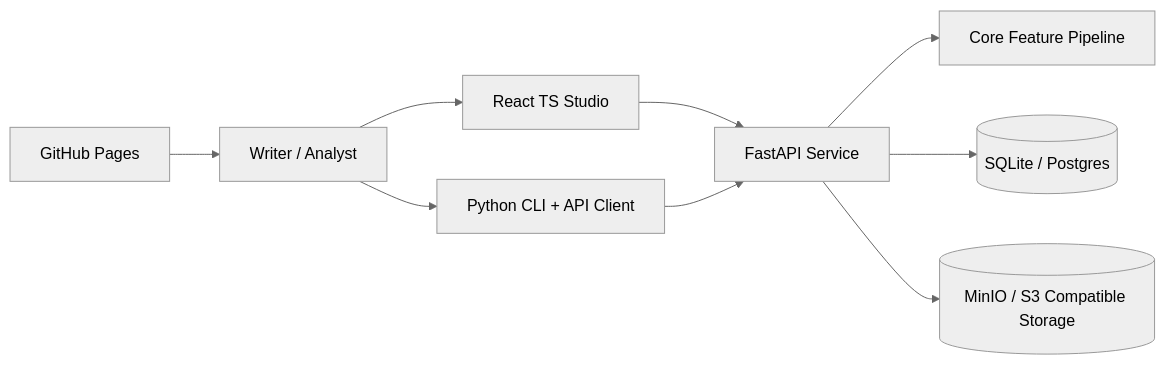
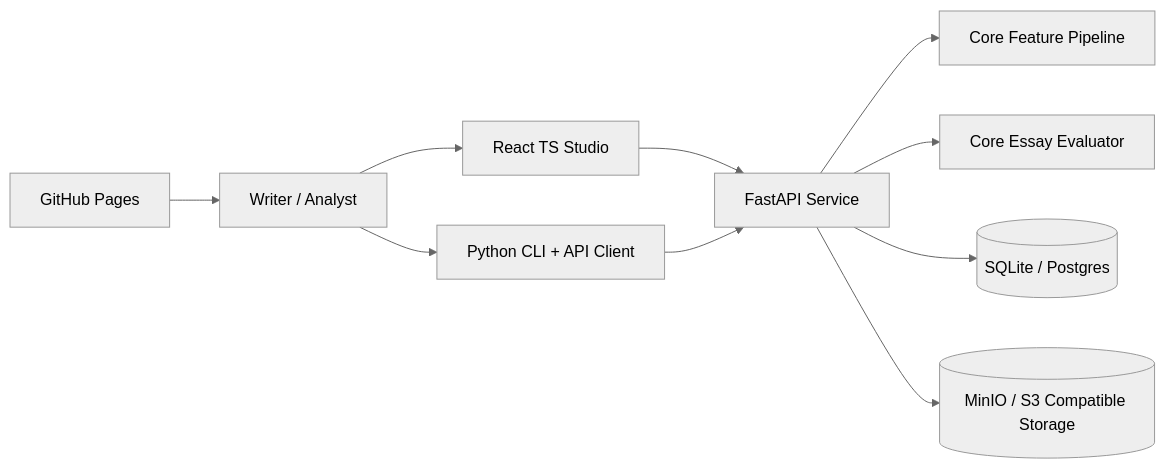
The first of 6 diagrams in docs/architecture_diagrams.md (ringxworld/story_generator), drawn with Mermaid (neutral theme) before and after one commit. The commit also changed other lines of this file and 24 other files, not shown here.

````diff
--- a/docs/architecture_diagrams.md
+++ b/docs/architecture_diagrams.md
@@ -8,20 +8,22 @@
 ```mermaid
 flowchart LR
     Writer[Writer / Analyst]
     Web[React TS Studio]
     Py[Python CLI + API Client]
     API[FastAPI Service]
     Core[Core Feature Pipeline]
+    EssayCore[Core Essay Evaluator]
     DB[(SQLite / Postgres)]
     Obj[(MinIO / S3 Compatible Storage)]
     Pages[GitHub Pages]
 
     Writer --> Web
     Writer --> Py
     Web --> API
     Py --> API
     API --> Core
+    API --> EssayCore
     API --> DB
     API --> Obj
     Pages --> Writer
 ```
````
